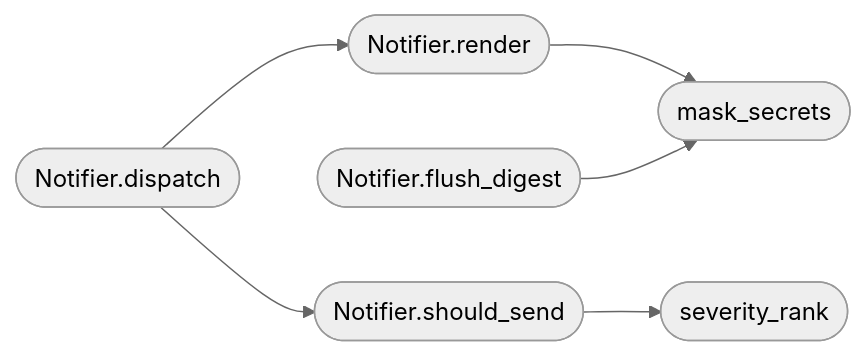
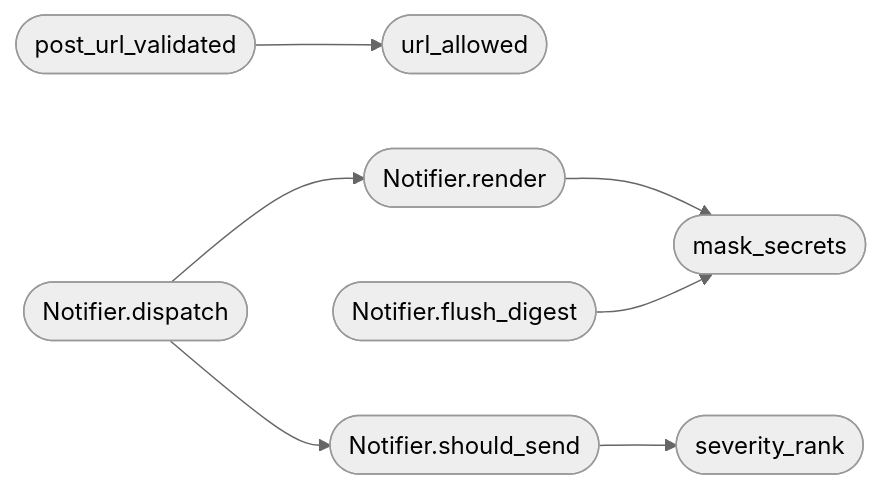
Before and after one commit to grisuno/LazyOwn: the second of 2 diagrams in readmenator-apidocs/modules/modules.notify.py.md, drawn with Mermaid (neutral theme). The commit also changed other lines of this file and 214 other files, not shown here.

````diff
--- a/readmenator-apidocs/modules/modules.notify.py.md
+++ b/readmenator-apidocs/modules/modules.notify.py.md
@@ -58,14 +58,17 @@
 ```mermaid
 flowchart LR
+    n_modules_notify_py__post_url_validated(["post_url_validated"])
+    n_modules_notify_py__url_allowed(["url_allowed"])
     n_modules_notify_py__Notifier_should_send(["Notifier.should_send"])
     n_modules_notify_py__severity_rank(["severity_rank"])
     n_modules_notify_py__Notifier_render(["Notifier.render"])
     n_modules_notify_py__mask_secrets(["mask_secrets"])
     n_modules_notify_py__Notifier_dispatch(["Notifier.dispatch"])
     n_modules_notify_py__Notifier_flush_digest(["Notifier.flush_digest"])
+    n_modules_notify_py__post_url_validated --> n_modules_notify_py__url_allowed
     n_modules_notify_py__Notifier_should_send --> n_modules_notify_py__severity_rank
     n_modules_notify_py__Notifier_render --> n_modules_notify_py__mask_secrets
     n_modules_notify_py__Notifier_dispatch --> n_modules_notify_py__Notifier_render
     n_modules_notify_py__Notifier_dispatch --> n_modules_notify_py__Notifier_should_send
     n_modules_notify_py__Notifier_flush_digest --> n_modules_notify_py__mask_secrets
 ```
````
